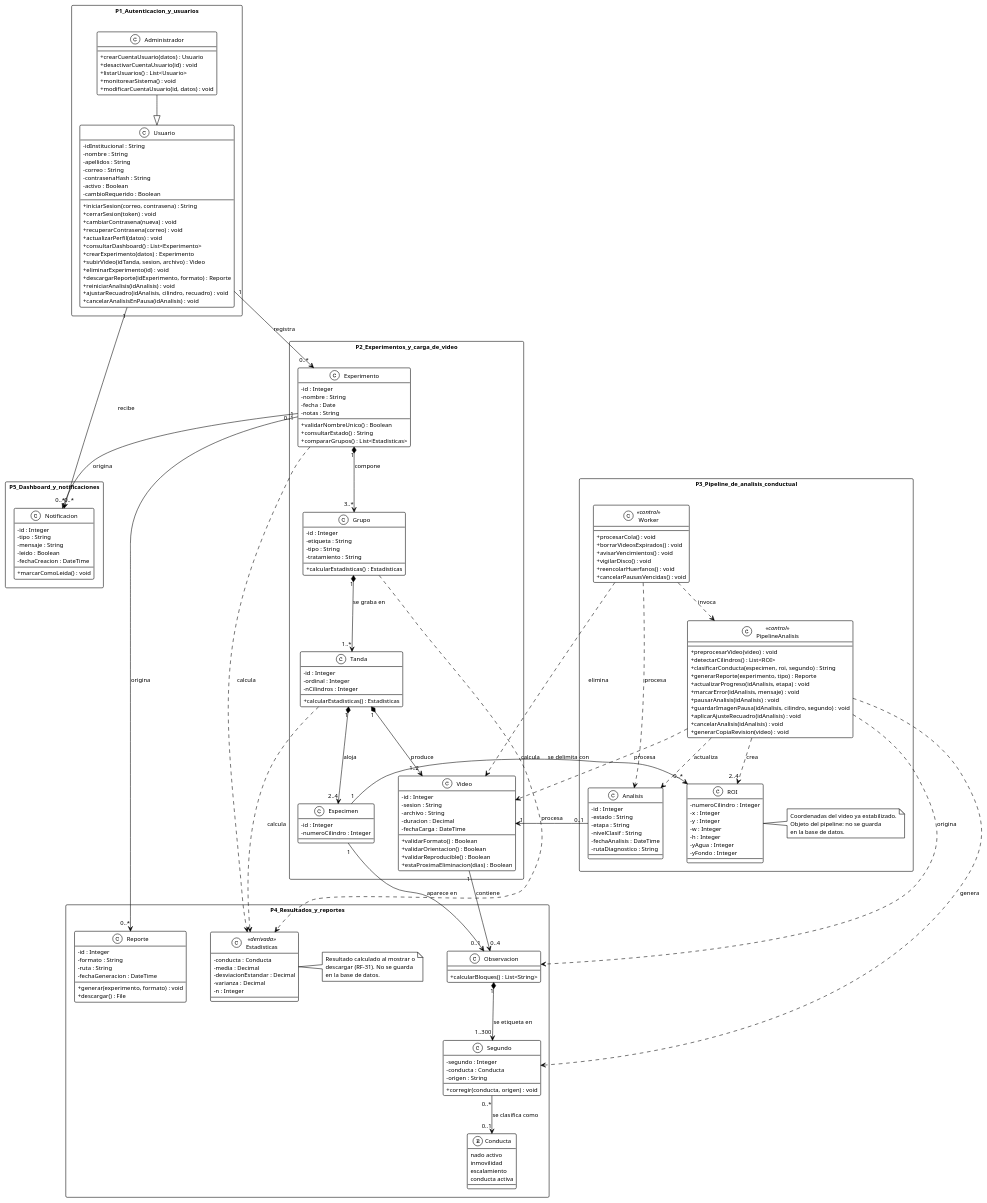
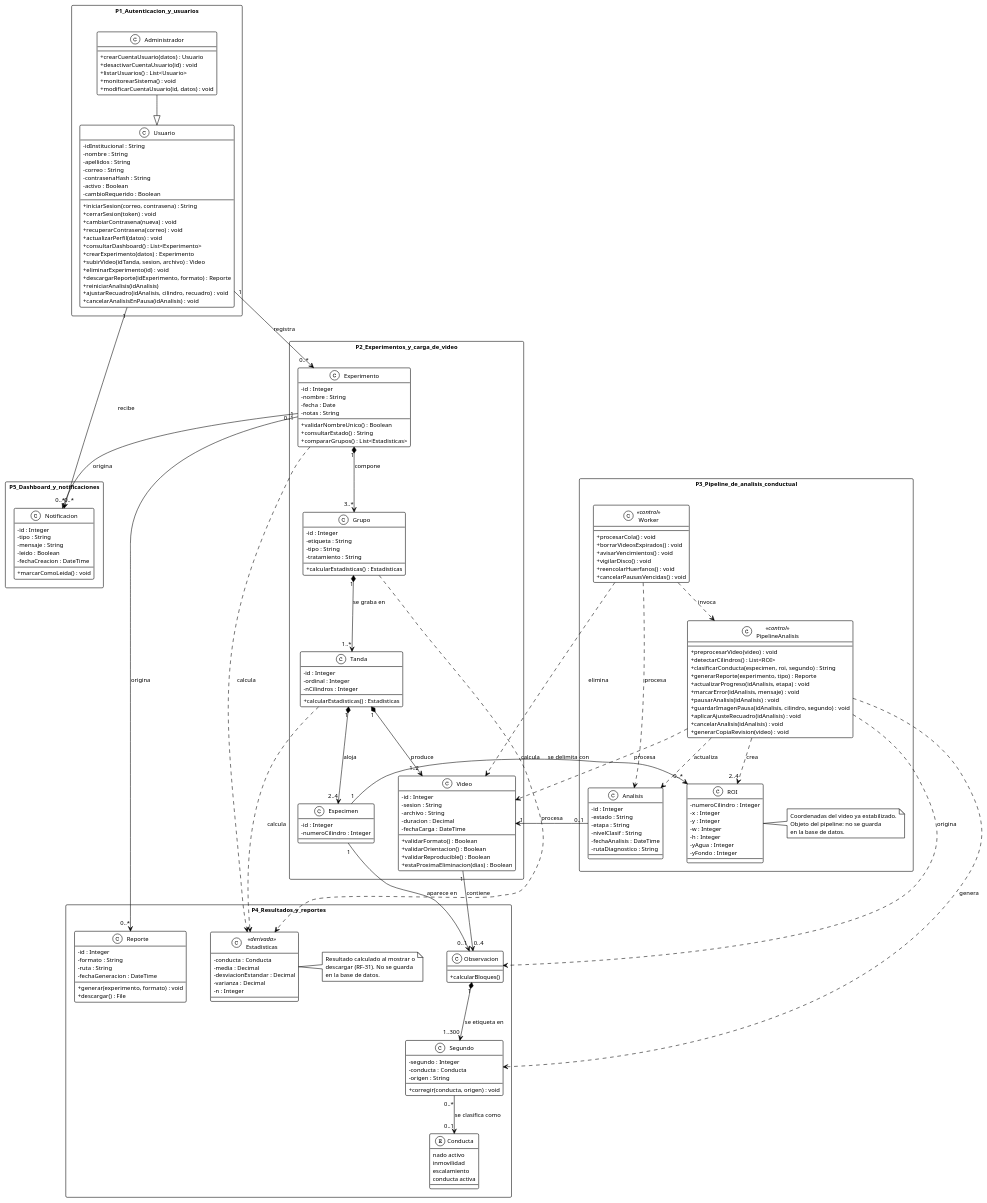
Before and after one commit to ErickJester/fst-ai-system-latex: the diagram in diagramas/clases.puml, drawn with PlantUML. The commit also changed 16 other files, not shown here.

```diff
--- a/diagramas/clases.puml
+++ b/diagramas/clases.puml
@@ -29,7 +29,7 @@
     +subirVideo(idTanda, sesion, archivo) : Video
     +eliminarExperimento(id) : void
     +descargarReporte(idExperimento, formato) : Reporte
-    +reiniciarAnalisis(idAnalisis) : void
+    +reiniciarAnalisis(idAnalisis)
     +ajustarRecuadro(idAnalisis, cilindro, recuadro) : void
     +cancelarAnalisisEnPausa(idAnalisis) : void
   }
@@ -154,7 +154,7 @@
   end note
 
   class Observacion {
-    +calcularBloques() : List<String>
+    +calcularBloques()
   }
 
   enum Conducta {
```
